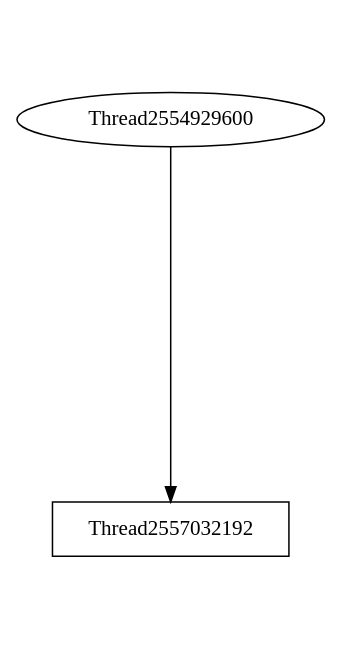
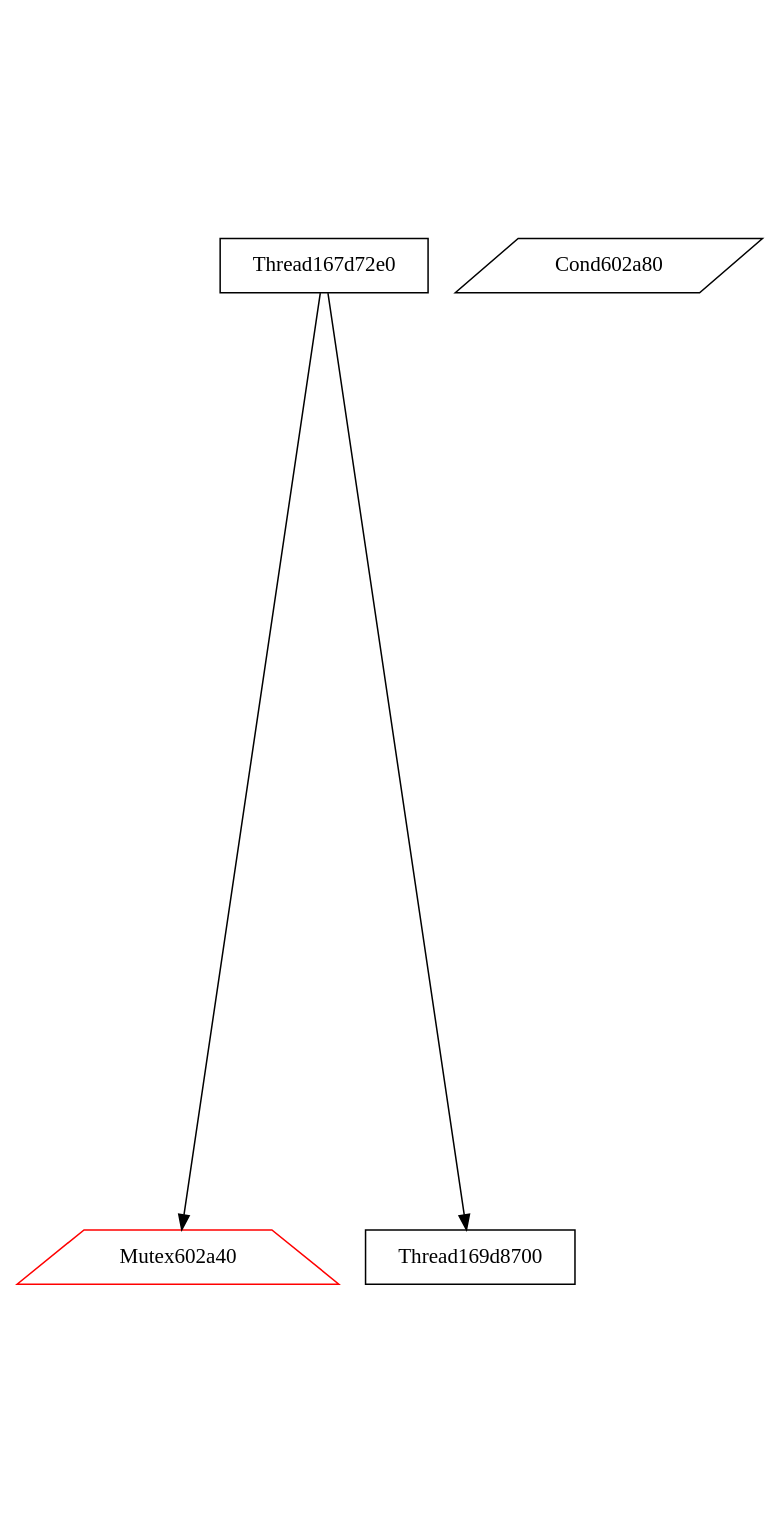
One commit to v4o6/cs410 changed the diagram in view/dot/graph007.dot. Above: the diagram before and after it, drawn with Graphviz. The commit also changed 200 other files, not shown here.

```diff
--- a/view/dot/graph007.dot
+++ b/view/dot/graph007.dot
@@ -1,5 +1,9 @@
 digraph G {
 graph[center=true, ratio=2];
-Thread2554929600 -> Thread2557032192 [arrowhead=normal];
-Thread2557032192 [shape=box,color=black];
+Mutex602a40 [shape=trapezium,color=red];
+Cond602a80 [shape=parallelogram,color=black];
+Thread169d8700 [shape=box,color=black];
+Thread167d72e0 [shape=box,color=black];
+Thread167d72e0 -> Mutex602a40 [arrowhead=normal,color=black];
+Thread167d72e0 -> Thread169d8700 [arrowhead=normal];
 }
```
